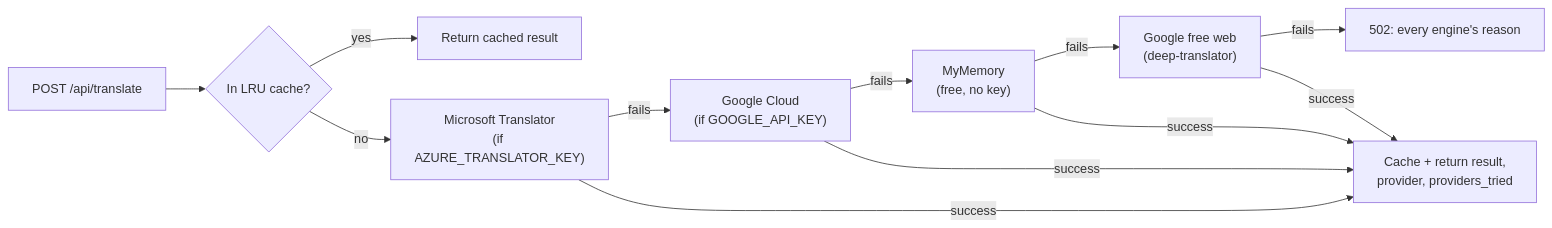
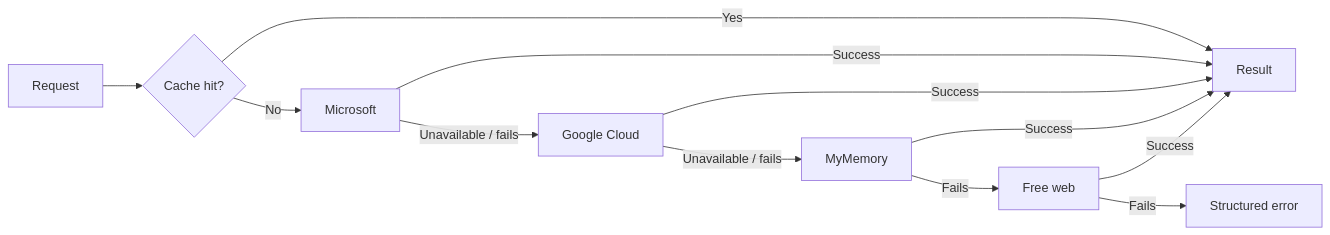
The second of 2 diagrams in README.md (yasmeenmh90-beep/CodeAlpha_LanguageTranslationTool), drawn with Mermaid before and after one commit. The commit also changed other lines of this file, not shown here.

Commit message:
docs: redesign LINGUA AI README for compact studio and current architecture

````diff
--- a/README.md
+++ b/README.md
@@ -133,11 +63,14 @@
 ```mermaid
 flowchart LR
-    R["POST /api/translate"] --> C{"In LRU cache?"}
-    C -- yes --> H["Return cached result"]
-    C -- no --> M["Microsoft Translator<br/>(if AZURE_TRANSLATOR_KEY)"]
-    M -- "fails" --> G["Google Cloud<br/>(if GOOGLE_API_KEY)"]
-    G -- "fails" --> Y["MyMemory<br/>(free, no key)"]
-    Y -- "fails" --> F["Google free web<br/>(deep-translator)"]
-    F -- "fails" --> E["502: every engine's reason"]
-    M & G & Y & F -- "success" --> S["Cache + return result,<br/>provider, providers_tried"]
+    R["Request"] --> C{"Cache hit?"}
+    C -->|Yes| O["Result"]
+    C -->|No| M["Microsoft"]
+    M -->|Unavailable / fails| G["Google Cloud"]
+    G -->|Unavailable / fails| Y["MyMemory"]
+    Y -->|Fails| F["Free web"]
+    F -->|Fails| E["Structured error"]
+    M -->|Success| O
+    G -->|Success| O
+    Y -->|Success| O
+    F -->|Success| O
 ```
````
